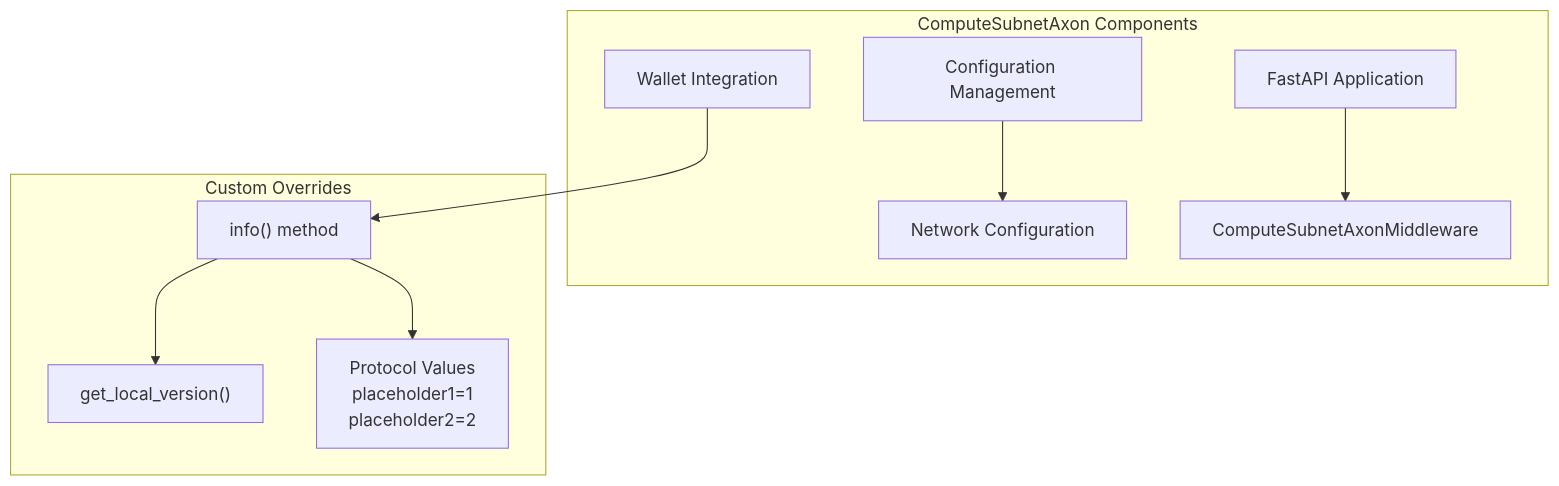
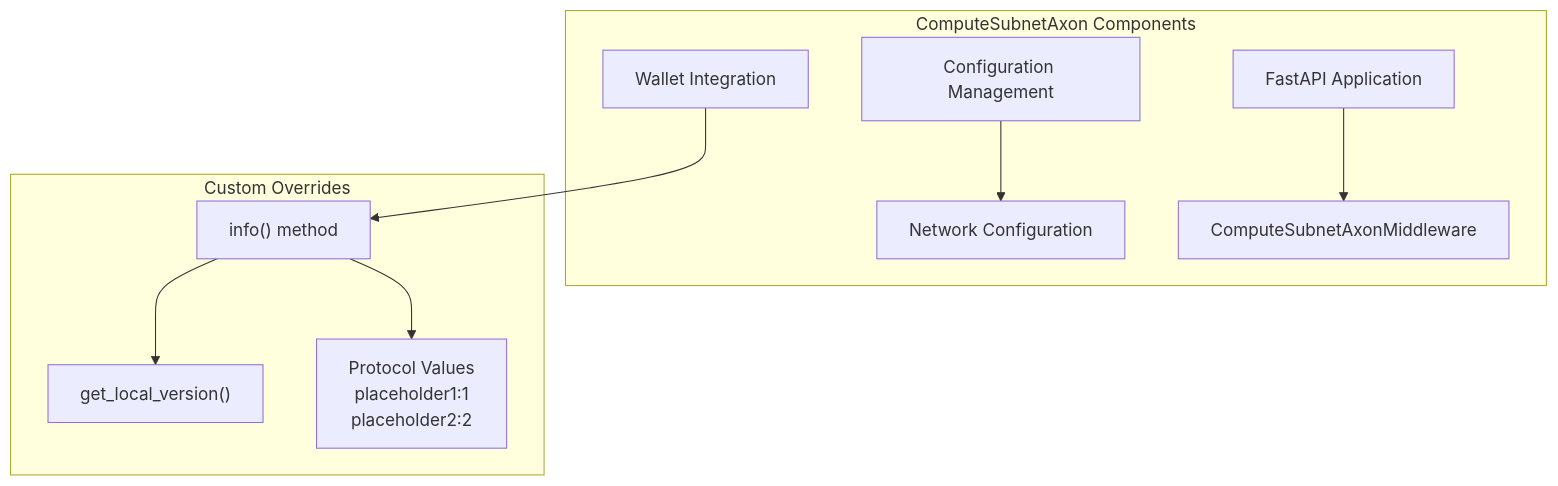
Before and after one commit to neuralinternet/docs: the fourth of 6 diagrams in src/content/docs/communication-protocols/custom-axon-and-subtensor.mdx, drawn with Mermaid. The commit also changed 184 other files, not shown here.

````diff
--- a/src/content/docs/communication-protocols/custom-axon-and-subtensor.mdx
+++ b/src/content/docs/communication-protocols/custom-axon-and-subtensor.mdx
@@ -154,22 +154,22 @@
 ```mermaid
 graph TB
     subgraph "ComputeSubnetAxon Components"
         Config["Configuration Management"]
         Wallet["Wallet Integration"]
         Network["Network Configuration"]
         Middleware["ComputeSubnetAxonMiddleware"]
         FastAPI["FastAPI Application"]
     end
     
     subgraph "Custom Overrides"
         InfoMethod["info() method"]
         LocalVersionFunc["get_local_version()"]
-        ProtocolValues["Protocol Values<br/>placeholder1=1<br/>placeholder2=2"]
+        ProtocolValues["Protocol Values<br/>placeholder1:1<br/>placeholder2:2"]
     end
     
     Config --> Network
     Wallet --> InfoMethod
     InfoMethod --> LocalVersionFunc
     InfoMethod --> ProtocolValues
     FastAPI --> Middleware
 ```
````
